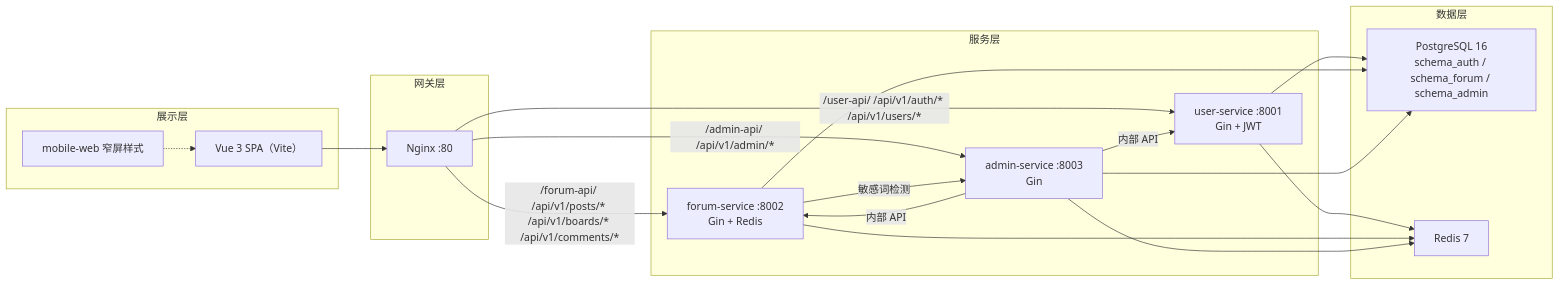
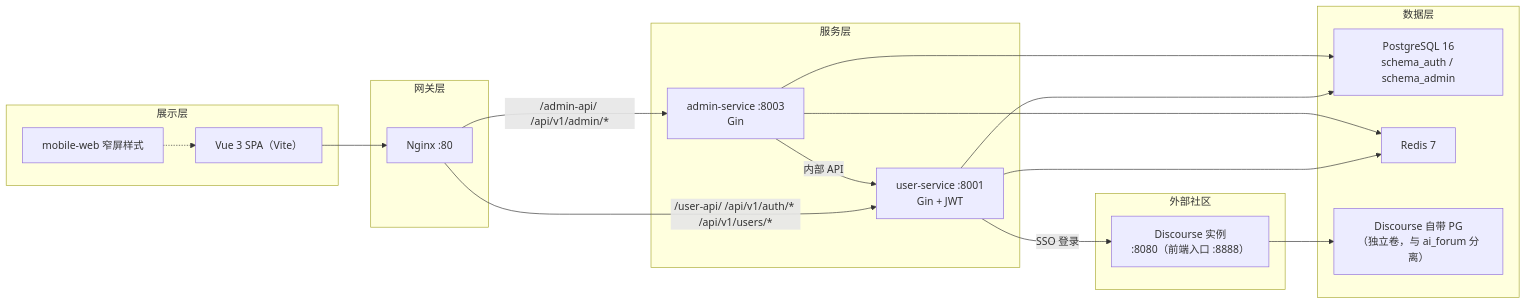
One commit to li-yongqvan/police changed the diagram in AGENTS.md. Above: the diagram before and after it, drawn with Mermaid. The commit also changed other lines of this file, not shown here.

Commit message:
docs: align AGENTS.md with current two-service architecture (#ARCH-SCAN)

````diff
--- a/AGENTS.md
+++ b/AGENTS.md
@@ -21,37 +21,38 @@
 ```mermaid
 flowchart LR
   subgraph presentation["展示层"]
     SPA["Vue 3 SPA（Vite）"]
     MW["mobile-web 窄屏样式"]
   end
 
   subgraph gateway["网关层"]
     NG["Nginx :80"]
   end
 
   subgraph services["服务层"]
     US["user-service :8001<br/>Gin + JWT"]
-    FS["forum-service :8002<br/>Gin + Redis"]
     AD["admin-service :8003<br/>Gin"]
   end
 
+  subgraph external["外部社区"]
+    DC["Discourse 实例<br/>:8080（前端入口 :8888）"]
+  end
+
   subgraph data["数据层"]
-    PG["PostgreSQL 16<br/>schema_auth / schema_forum / schema_admin"]
+    PG["PostgreSQL 16<br/>schema_auth / schema_admin"]
     RD["Redis 7"]
+    DPG["Discourse 自带 PG<br/>（独立卷，与 ai_forum 分离）"]
   end
 
   SPA --> NG
   MW -.-> SPA
   NG -->|"/user-api/ /api/v1/auth/* /api/v1/users/*"| US
-  NG -->|"/forum-api/ /api/v1/posts/* /api/v1/boards/* /api/v1/comments/*"| FS
   NG -->|"/admin-api/ /api/v1/admin/*"| AD
   US --> PG
-  FS --> PG
   AD --> PG
   US --> RD
-  FS --> RD
   AD --> RD
-  AD -->|"内部 API"| FS
   AD -->|"内部 API"| US
-  FS -->|"敏感词检测"| AD
+  US -->|"SSO 登录"| DC
+  DC --> DPG
 ```
````
